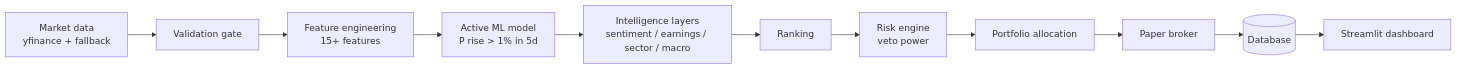
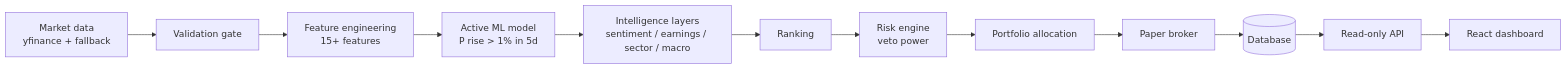
Before and after one commit to praneeth-hari/Autonomous-Equity-Trader: the diagram in README.md, drawn with Mermaid. The commit also changed other lines of this file and 40 other files, not shown here.

First line of the commit message:
Retire the Streamlit dashboard; fix pipeline status for data skips

````diff
--- a/README.md
+++ b/README.md
@@ -46,13 +46,13 @@
 ```mermaid
 flowchart LR
     A[Market data<br/>yfinance + fallback] --> B[Validation gate]
     B --> C[Feature engineering<br/>15+ features]
     C --> D[Active ML model<br/>P rise &gt; 1% in 5d]
     D --> E[Intelligence layers<br/>sentiment / earnings / sector / macro]
     E --> F[Ranking]
     F --> G[Risk engine<br/>veto power]
     G --> H[Portfolio allocation]
     H --> I[Paper broker]
     I --> J[(Database)]
-    J --> K[Streamlit dashboard]
+    J --> K[Read-only API] --> L[React dashboard]
 ```
````
